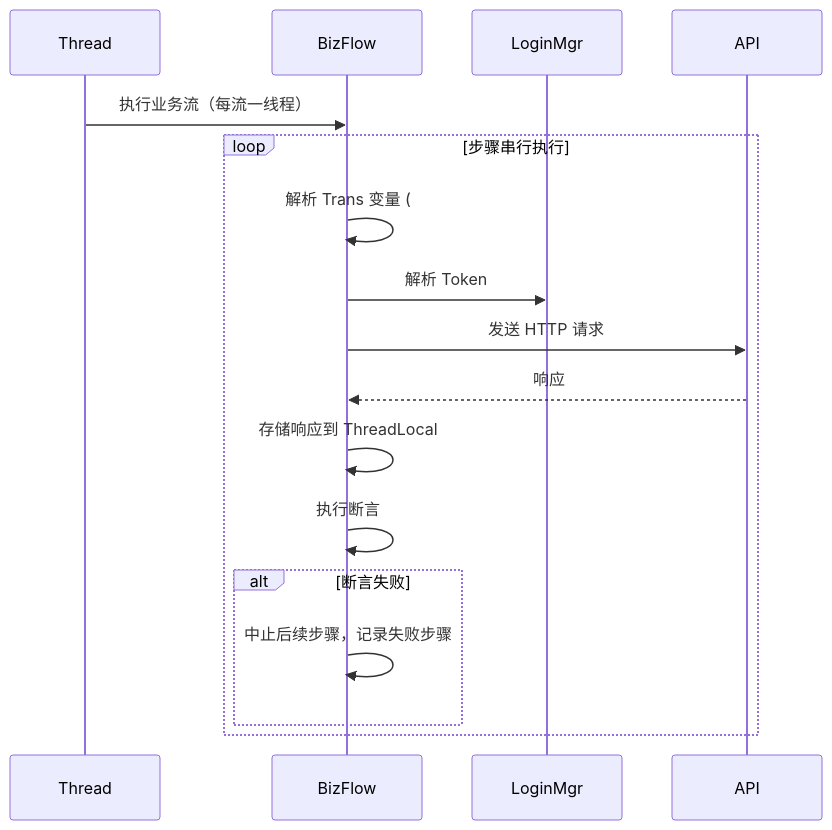
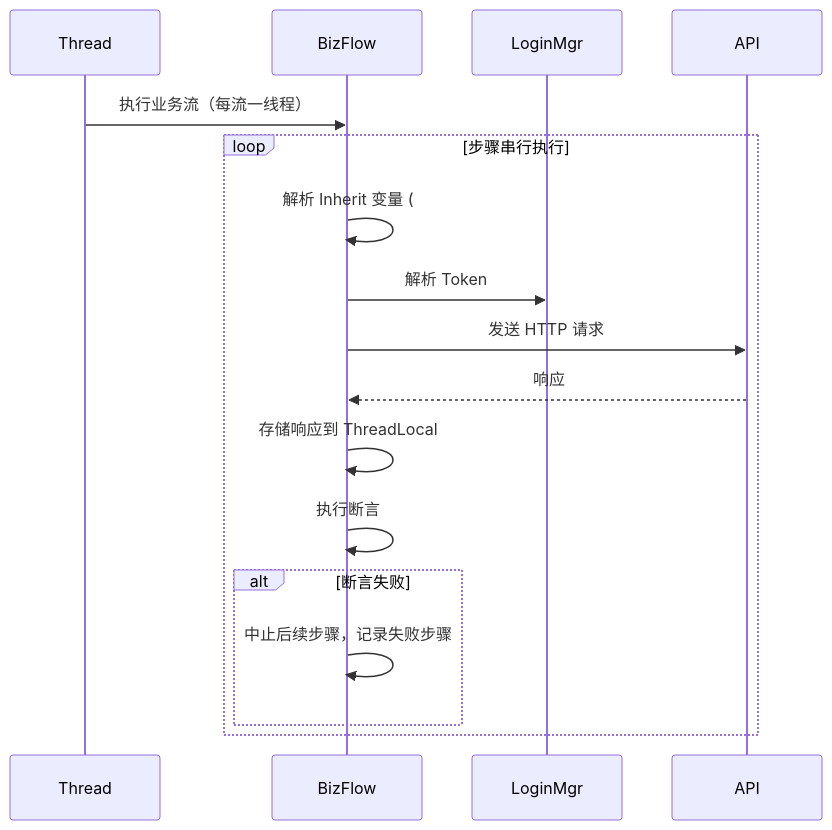
The third of 3 diagrams in python/README.md (Remon-16/flow-forge), drawn with Mermaid before and after one commit. The commit also changed other lines of this file and 31 other files, not shown here.

````diff
--- a/python/README.md
+++ b/python/README.md
@@ -724,20 +724,20 @@
 ```mermaid
 sequenceDiagram
     participant Thread
     participant BizFlow
     participant LoginMgr
     participant API
 
     Thread->>BizFlow: 执行业务流（每流一线程）
     loop 步骤串行执行
-        BizFlow->>BizFlow: 解析 Trans 变量 (#{key})
+        BizFlow->>BizFlow: 解析 Inherit 变量 (#{key})
         BizFlow->>LoginMgr: 解析 Token
         BizFlow->>API: 发送 HTTP 请求
         API-->>BizFlow: 响应
         BizFlow->>BizFlow: 存储响应到 ThreadLocal
         BizFlow->>BizFlow: 执行断言
         alt 断言失败
             BizFlow->>BizFlow: 中止后续步骤，记录失败步骤
         end
     end
 ```
````
